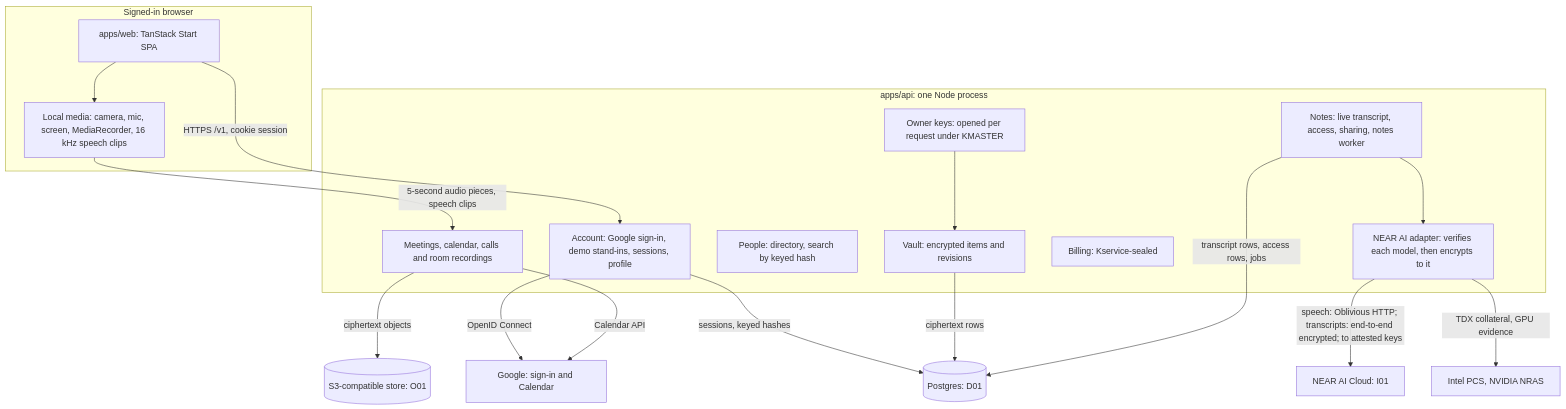
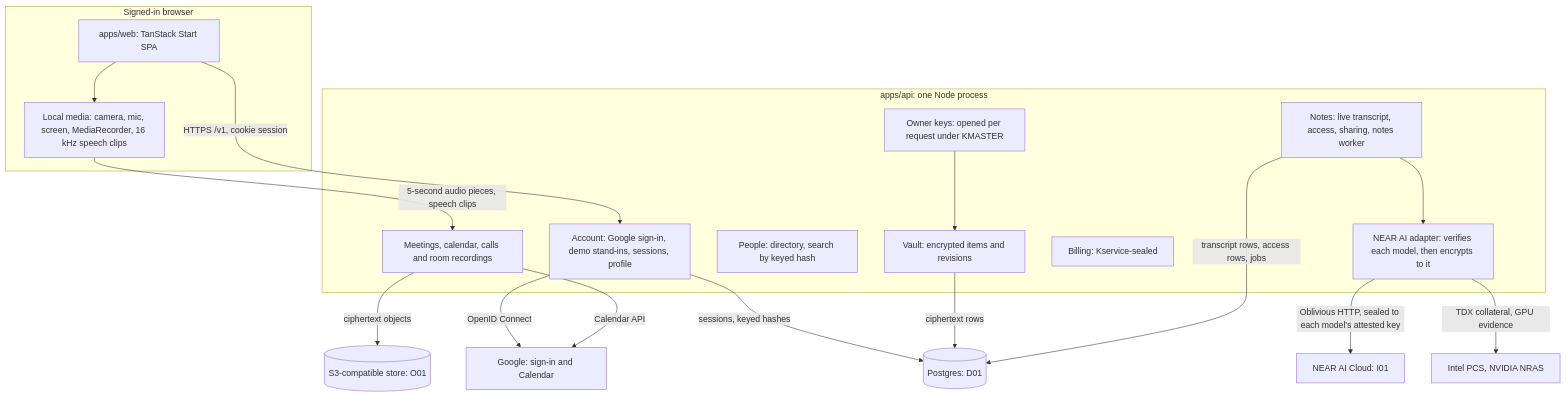
Before and after one commit to thebakedalaskan/alcove-solutions: the diagram in docs/engineering/system-architecture.md, drawn with Mermaid. The commit also changed other lines of this file and 24 other files, not shown here.

````diff
--- a/docs/engineering/system-architecture.md
+++ b/docs/engineering/system-architecture.md
@@ -10,30 +10,30 @@
 ```mermaid
 flowchart TB
     subgraph Browser[Signed-in browser]
         UI[apps/web: TanStack Start SPA]
         Media[Local media: camera, mic, screen, MediaRecorder, 16 kHz speech clips]
         UI --> Media
     end
     subgraph API[apps/api: one Node process]
         Account[Account: Google sign-in, demo stand-ins, sessions, profile]
         Keys[Owner keys: opened per request under KMASTER]
         Vault[Vault: encrypted items and revisions]
         People[People: directory, search by keyed hash]
         Calls[Meetings, calendar, calls and room recordings]
         Notes[Notes: live transcript, access, sharing, notes worker]
         Billing[Billing: Kservice-sealed]
         Inference[NEAR AI adapter: verifies each model, then encrypts to it]
     end
     UI -->|HTTPS /v1, cookie session| Account
     Media -->|5-second audio pieces, speech clips| Calls
     Keys --> Vault
     Account -->|sessions, keyed hashes| DB[(Postgres: D01)]
     Vault -->|ciphertext rows| DB
     Notes -->|transcript rows, access rows, jobs| DB
     Calls -->|ciphertext objects| Obj[(S3-compatible store: O01)]
     Notes --> Inference
-    Inference -->|speech: Oblivious HTTP; transcripts: end-to-end encrypted; to attested keys| I01[NEAR AI Cloud: I01]
+    Inference -->|Oblivious HTTP, sealed to each model's attested key| I01[NEAR AI Cloud: I01]
     Inference -->|TDX collateral, GPU evidence| Verifiers[Intel PCS, NVIDIA NRAS]
     Account -->|OpenID Connect| Google[Google: sign-in and Calendar]
     Calls -->|Calendar API| Google
 ```
````
